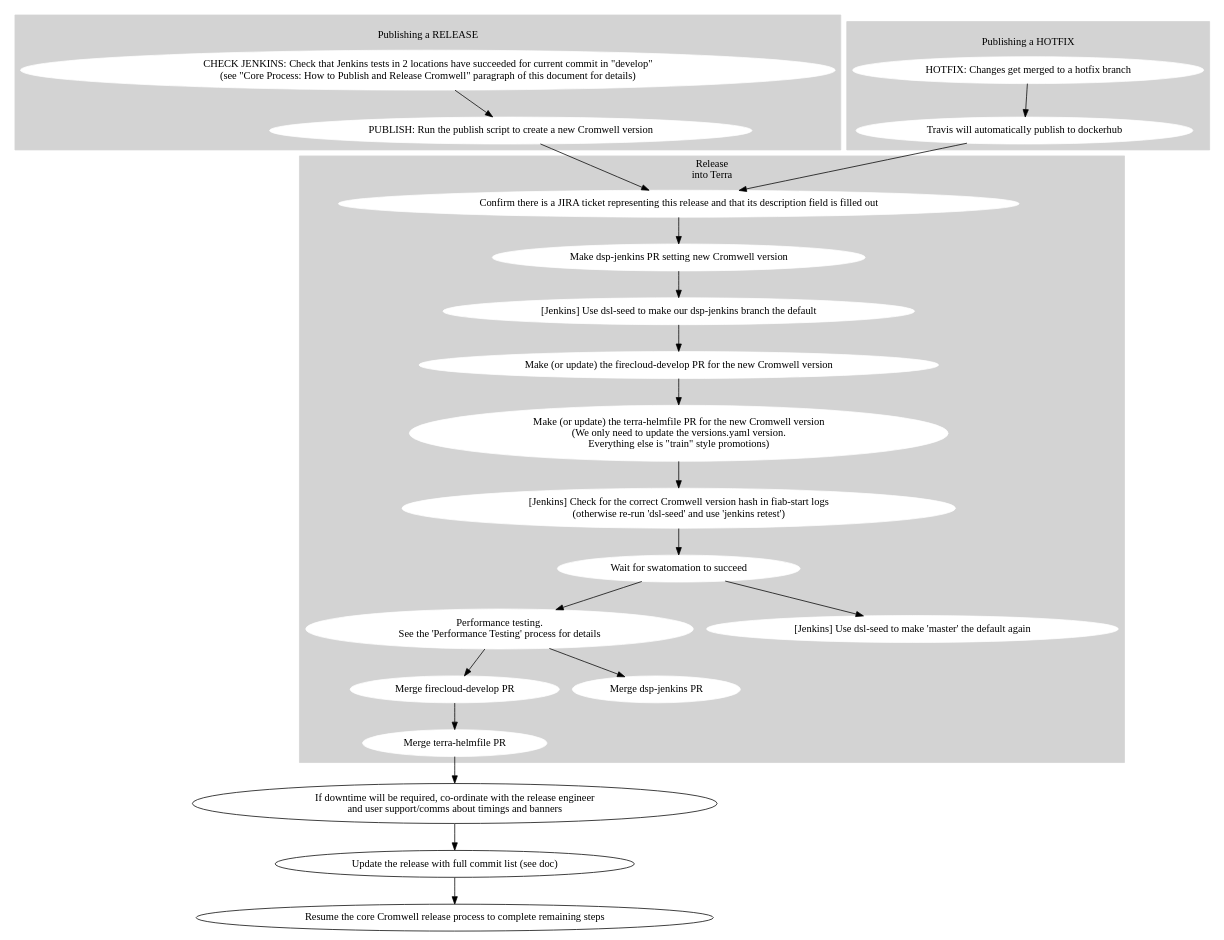
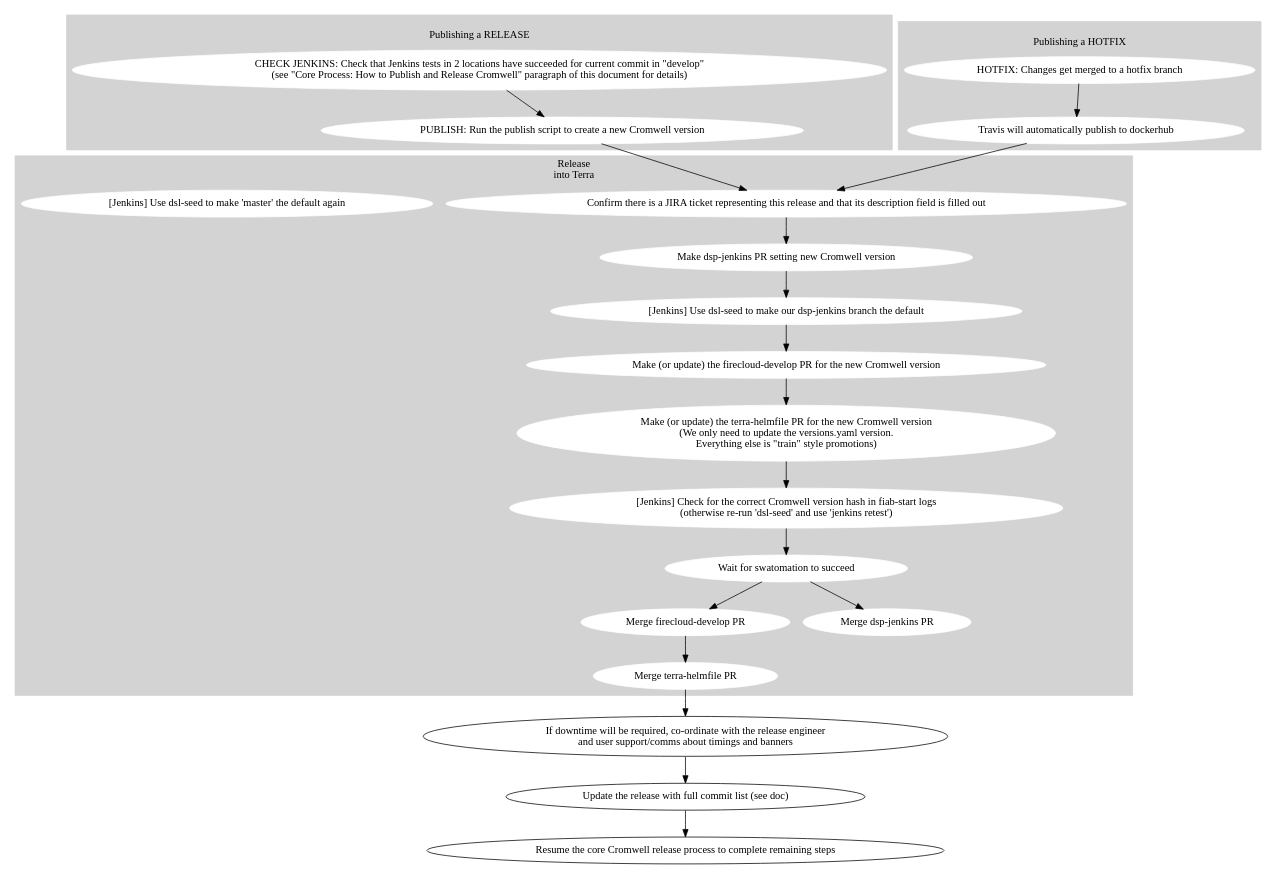
Before and after one commit to broadinstitute/cromwell: the diagram in processes/release_processes/firecloud-develop.dot, drawn with Graphviz. The commit also changed 4 other files, not shown here.

```diff
--- a/processes/release_processes/firecloud-develop.dot
+++ b/processes/release_processes/firecloud-develop.dot
@@ -1,83 +1,78 @@
 digraph {
 
   # Nodes
 
   subgraph cluster_0 {
     label="\lPublishing a RELEASE"
     style=filled
     node [style=filled,color=white];
     color="lightgrey"
 
     check_jenkins_tests [shape=oval label="CHECK JENKINS: Check that Jenkins tests in 2 locations have succeeded for current commit in \"develop\"\n(see \"Core Process: How to Publish and Release Cromwell\" paragraph of this document for details)"];
     release_cromwell [shape=oval label="PUBLISH: Run the publish script to create a new Cromwell version"];
   }
 
   subgraph cluster_1 {
     label="\lPublishing a HOTFIX"
     style=filled
     node [style=filled,color=white];
     color="lightgrey"
 
     hotfix_changes [shape=oval label="HOTFIX: Changes get merged to a hotfix branch"];
     publish_hotfix [shape=oval label="Travis will automatically publish to dockerhub"];
   }
 
   subgraph cluster_2 {
     label="Release\ninto Terra"
     style=filled
     node [style=filled,color=white];
     color="lightgrey"
     confirm_ticket [shape="oval" label="Confirm there is a JIRA ticket representing this release and that its description field is filled out"]
     fcdev_pr [shape=oval label="Make (or update) the firecloud-develop PR for the new Cromwell version"];
     # For an example PR see https://github.com/broadinstitute/terra-helmfile/pull/550#pullrequestreview-527531319
     helmfile_pr [shape=oval label="Make (or update) the terra-helmfile PR for the new Cromwell version\n(We only need to update the versions.yaml version.\nEverything else is \"train\" style promotions)"];
     confirm_cromwell_v [shape=oval label="[Jenkins] Check for the correct Cromwell version hash in fiab-start logs\n(otherwise re-run 'dsl-seed' and use 'jenkins retest')"];
     confirm_cromwell_v [shape=oval label="[Jenkins] Check for the correct Cromwell version hash in fiab-start logs\n(otherwise re-run 'dsl-seed' and use 'jenkins retest')"];
     fcdev_success [shape=oval label="Wait for swatomation to succeed"];
 
     fcdev_merge [shape=oval label="Merge firecloud-develop PR"];
     helmfile_merge [shape=oval label="Merge terra-helmfile PR"];
 
     dspjenkins_PR [shape=oval label="Make dsp-jenkins PR setting new Cromwell version"];
     dspjenkins_merge [shape=oval label="Merge dsp-jenkins PR"];
 
-    qa_perf [shape=oval label="Performance testing.\nSee the 'Performance Testing' process for details"];
-
     jenkins_set [shape=oval label="[Jenkins] Use dsl-seed to make our dsp-jenkins branch the default"];
     jenkins_reset [shape=oval label="[Jenkins] Use dsl-seed to make 'master' the default again"];
   }
 
   coordinate_release_timing [shape=oval label="If downtime will be required, co-ordinate with the release engineer\nand user support/comms about timings and banners"];
 
   update_release_ticket [shape=oval label="Update the release with full commit list (see doc)"];
 
   resume_core_release_process [shape=oval label="Resume the core Cromwell release process to complete remaining steps"];
 
   # Edges
   check_jenkins_tests -> release_cromwell
 
   hotfix_changes -> publish_hotfix
   publish_hotfix -> confirm_ticket
 
   release_cromwell -> confirm_ticket
 
   fcdev_pr -> helmfile_pr
   helmfile_pr -> confirm_cromwell_v
 
   confirm_ticket -> dspjenkins_PR
   dspjenkins_PR -> jenkins_set
 
   jenkins_set -> fcdev_pr
   confirm_cromwell_v -> fcdev_success
 
-  fcdev_success -> jenkins_reset
-  fcdev_success -> qa_perf
-
-  qa_perf -> dspjenkins_merge
-  qa_perf -> fcdev_merge
+  fcdev_success -> dspjenkins_merge
+  fcdev_success -> fcdev_merge
 
   fcdev_merge -> helmfile_merge
   helmfile_merge -> coordinate_release_timing
   coordinate_release_timing -> update_release_ticket
   update_release_ticket -> resume_core_release_process
 }
```
